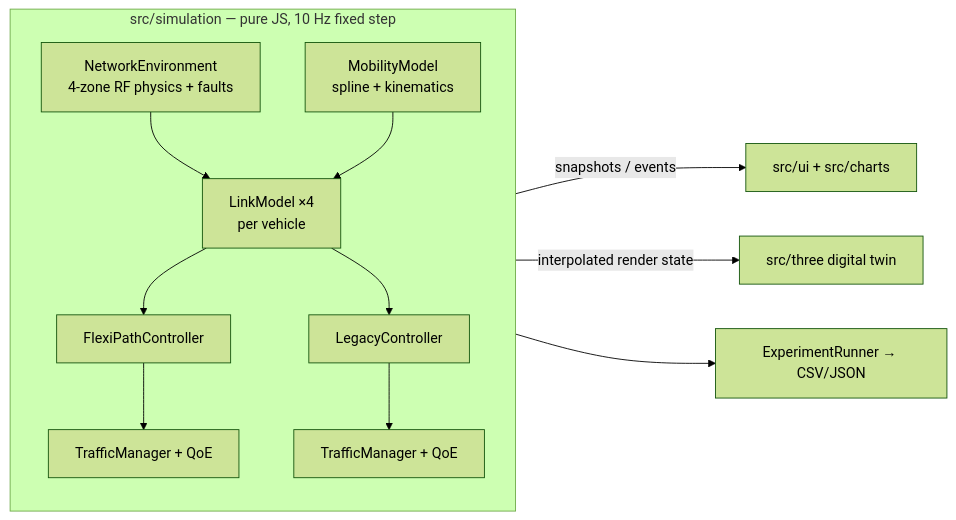
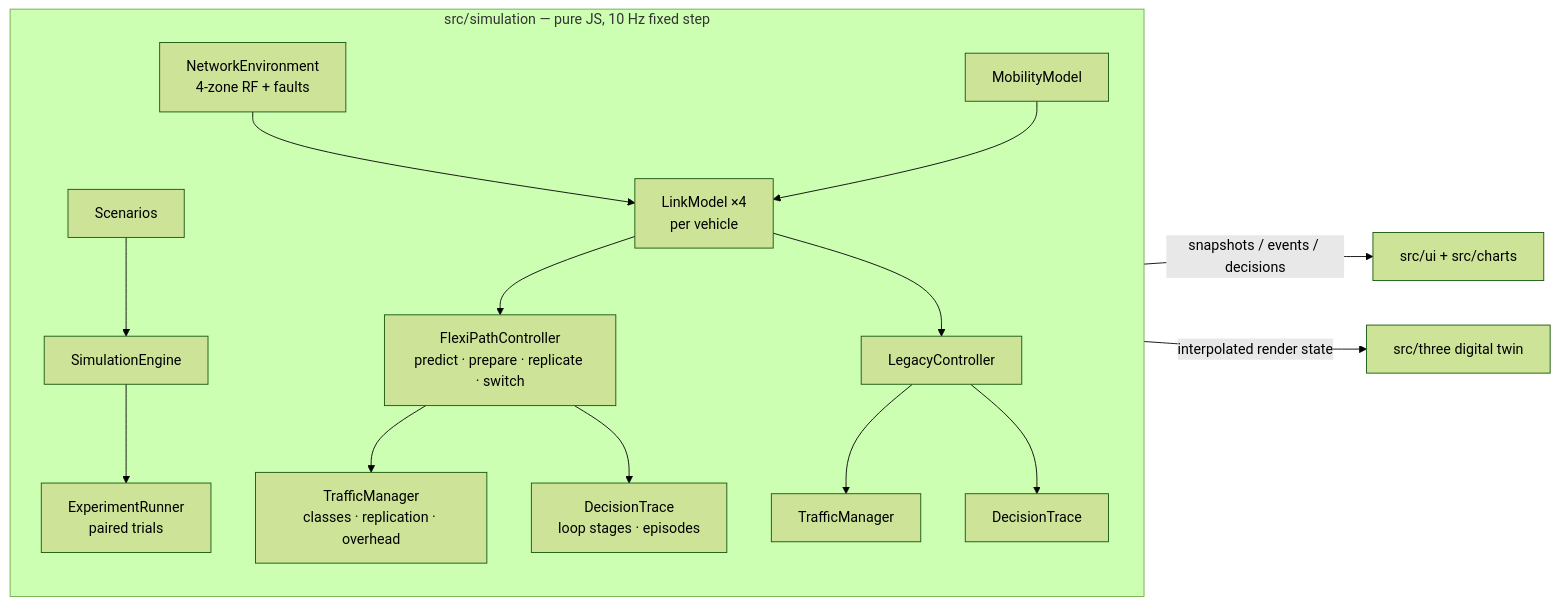
One commit to FuadAhamed91/FlexiPath changed the second of 2 diagrams in README.md. Above: the diagram before and after it, drawn with Mermaid (forest theme). The commit also changed other lines of this file and 39 other files, not shown here.

````diff
--- a/README.md
+++ b/README.md
@@ -53,14 +182,17 @@
 ```mermaid
 flowchart LR
   subgraph SIM["src/simulation — pure JS, 10 Hz fixed step"]
-    ENV[NetworkEnvironment<br/>4-zone RF physics + faults] --> LM[LinkModel ×4<br/>per vehicle]
-    MOB[MobilityModel<br/>spline + kinematics] --> LM
-    LM --> FP[FlexiPathController]
+    SC[Scenarios] --> ENG[SimulationEngine]
+    ENV[NetworkEnvironment<br/>4-zone RF + faults] --> LM[LinkModel ×4<br/>per vehicle]
+    MOB[MobilityModel] --> LM
+    LM --> FP[FlexiPathController<br/>predict · prepare · replicate · switch]
     LM --> LG[LegacyController]
-    FP --> TM1[TrafficManager + QoE]
-    LG --> TM2[TrafficManager + QoE]
+    FP --> TM1[TrafficManager<br/>classes · replication · overhead]
+    LG --> TM2[TrafficManager]
+    FP --> DT1[DecisionTrace<br/>loop stages · episodes]
+    LG --> DT2[DecisionTrace]
+    ENG --> RUN[ExperimentRunner<br/>paired trials]
   end
-  SIM -- snapshots / events --> HUD[src/ui + src/charts]
+  SIM -- snapshots / events / decisions --> HUD[src/ui + src/charts]
   SIM -- interpolated render state --> TWIN[src/three digital twin]
-  SIM --> RUN[ExperimentRunner → CSV/JSON]
 ```
````
